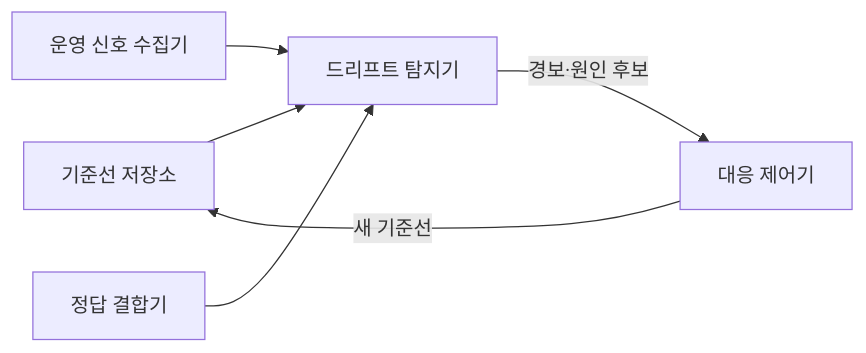
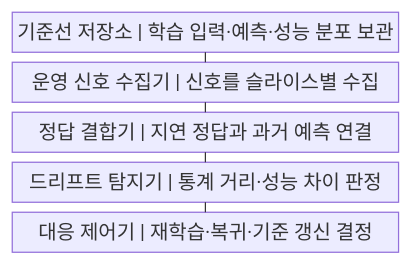
Before and after one commit to agnusdei1207/knowledge-base: the first of 2 diagrams in src/content/docs/notes/03-software/206_model_monitoring_drift_detection.md, drawn with Mermaid. The commit also changed other lines of this file and 20 other files, not shown here.

````diff
--- a/src/content/docs/notes/03-software/206_model_monitoring_drift_detection.md
+++ b/src/content/docs/notes/03-software/206_model_monitoring_drift_detection.md
@@ -57,8 +57,13 @@
 ```mermaid
-flowchart LR
-    B["기준선 저장소"] --> D["드리프트 탐지기"]
-    O["운영 신호 수집기"] --> D
-    L["정답 결합기"] --> D
-    D -->|경보·원인 후보| R["대응 제어기"]
-    R -->|새 기준선| B
+block
+    columns 1
+    A["기준선 저장소 | 학습 입력·예측·성능 분포 보관"]
+    B["운영 신호 수집기 | 신호를 슬라이스별 수집"]
+    C["정답 결합기 | 지연 정답과 과거 예측 연결"]
+    D["드리프트 탐지기 | 통계 거리·성능 차이 판정"]
+    E["대응 제어기 | 재학습·복귀·기준 갱신 결정"]
+    A --- B
+    B --- C
+    C --- D
+    D --- E
 ```
````
